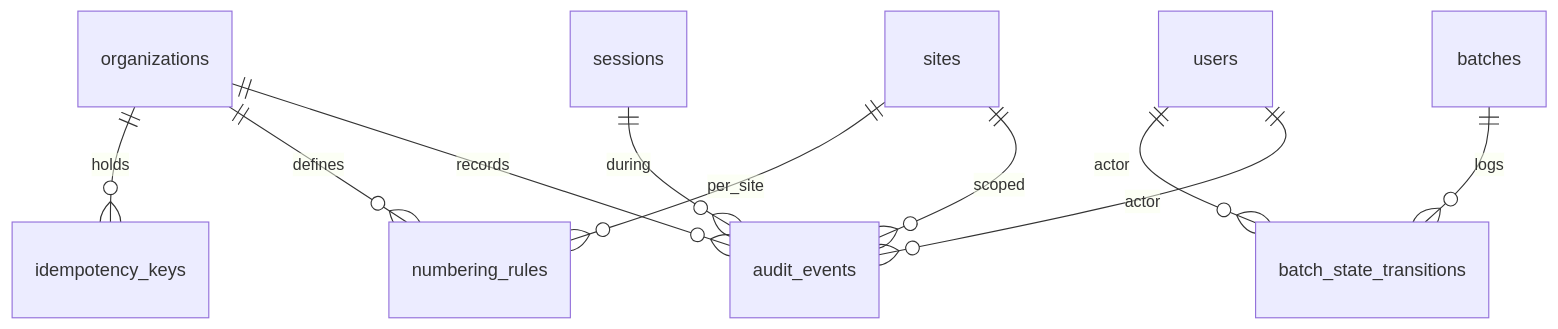
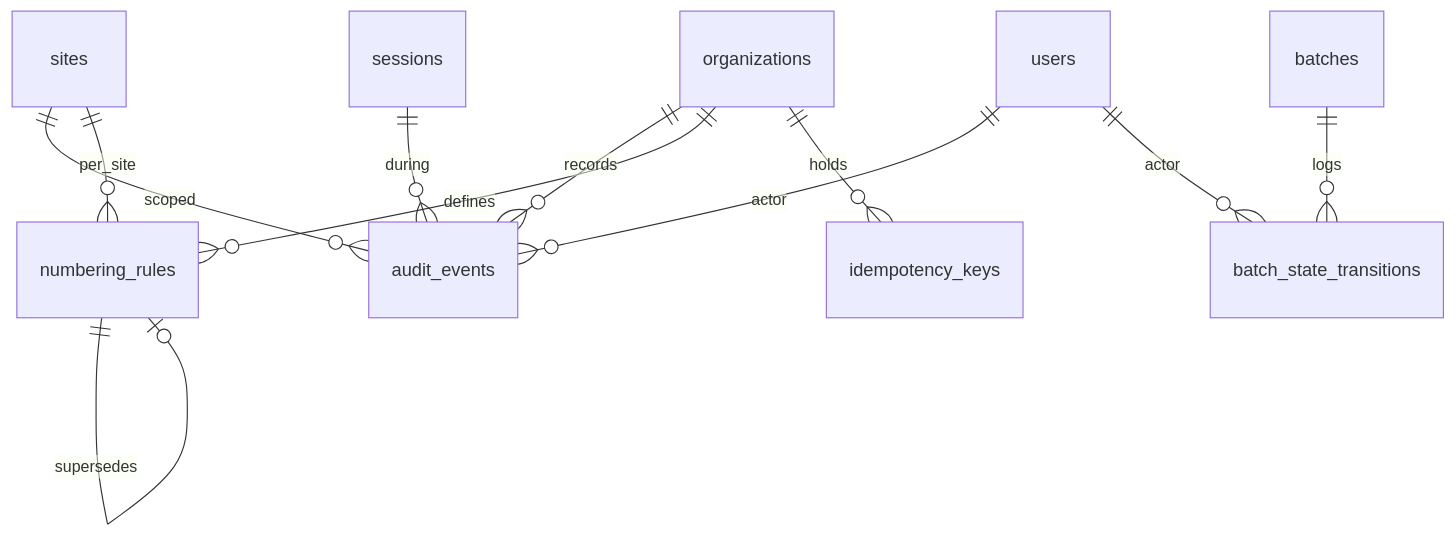
Before and after one commit to jaygglypuff/bryels-care: diagram 11 of 11 in docs/data-model.md, drawn with Mermaid. The commit also changed other lines of this file, not shown here.

````diff
--- a/docs/data-model.md
+++ b/docs/data-model.md
@@ -440,12 +465,13 @@
 ```mermaid
 erDiagram
   organizations ||--o{ audit_events : records
   sites ||--o{ audit_events : scoped
   users ||--o{ audit_events : actor
   sessions ||--o{ audit_events : during
   organizations ||--o{ numbering_rules : defines
   sites ||--o{ numbering_rules : per_site
+  numbering_rules ||--o| numbering_rules : supersedes
   organizations ||--o{ idempotency_keys : holds
   batches ||--o{ batch_state_transitions : logs
   users ||--o{ batch_state_transitions : actor
 ```
````
